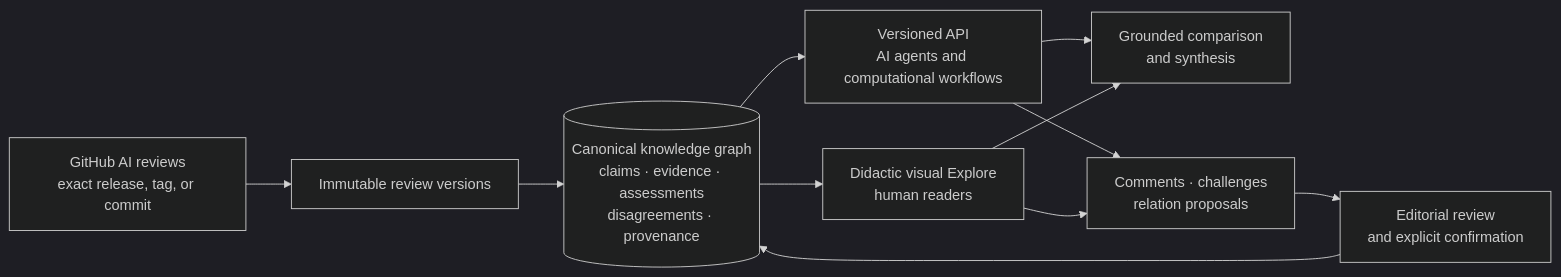
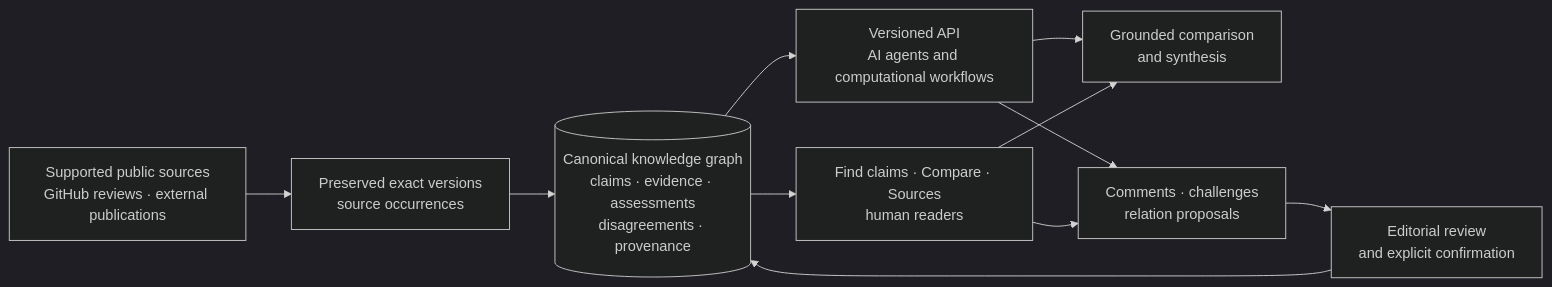
The diagram in UI_UX_RULES.md (dhuzard/oratlas), drawn with Mermaid (dark theme) before and after one commit. The commit also changed other lines of this file and 22 other files, not shown here.

First line of the commit message:
Run 3: task-led navigation and supported sources (#253)

````diff
--- a/UI_UX_RULES.md
+++ b/UI_UX_RULES.md
@@ -11,13 +12,13 @@
 ```mermaid
 flowchart LR
-  R["GitHub AI reviews<br/>exact release, tag, or commit"] --> V["Immutable review versions"]
+  R["Supported public sources<br/>GitHub reviews · external publications"] --> V["Preserved exact versions<br/>source occurrences"]
   V --> G[("Canonical knowledge graph<br/>claims · evidence · assessments<br/>disagreements · provenance")]
   G --> API["Versioned API<br/>AI agents and computational workflows"]
-  G --> UI["Didactic visual Explore<br/>human readers"]
+  G --> UI["Find claims · Compare · Sources<br/>human readers"]
   API --> S["Grounded comparison<br/>and synthesis"]
   UI --> S
   API --> P["Comments · challenges<br/>relation proposals"]
   UI --> P
   P --> E["Editorial review<br/>and explicit confirmation"]
   E --> G
 ```
````
